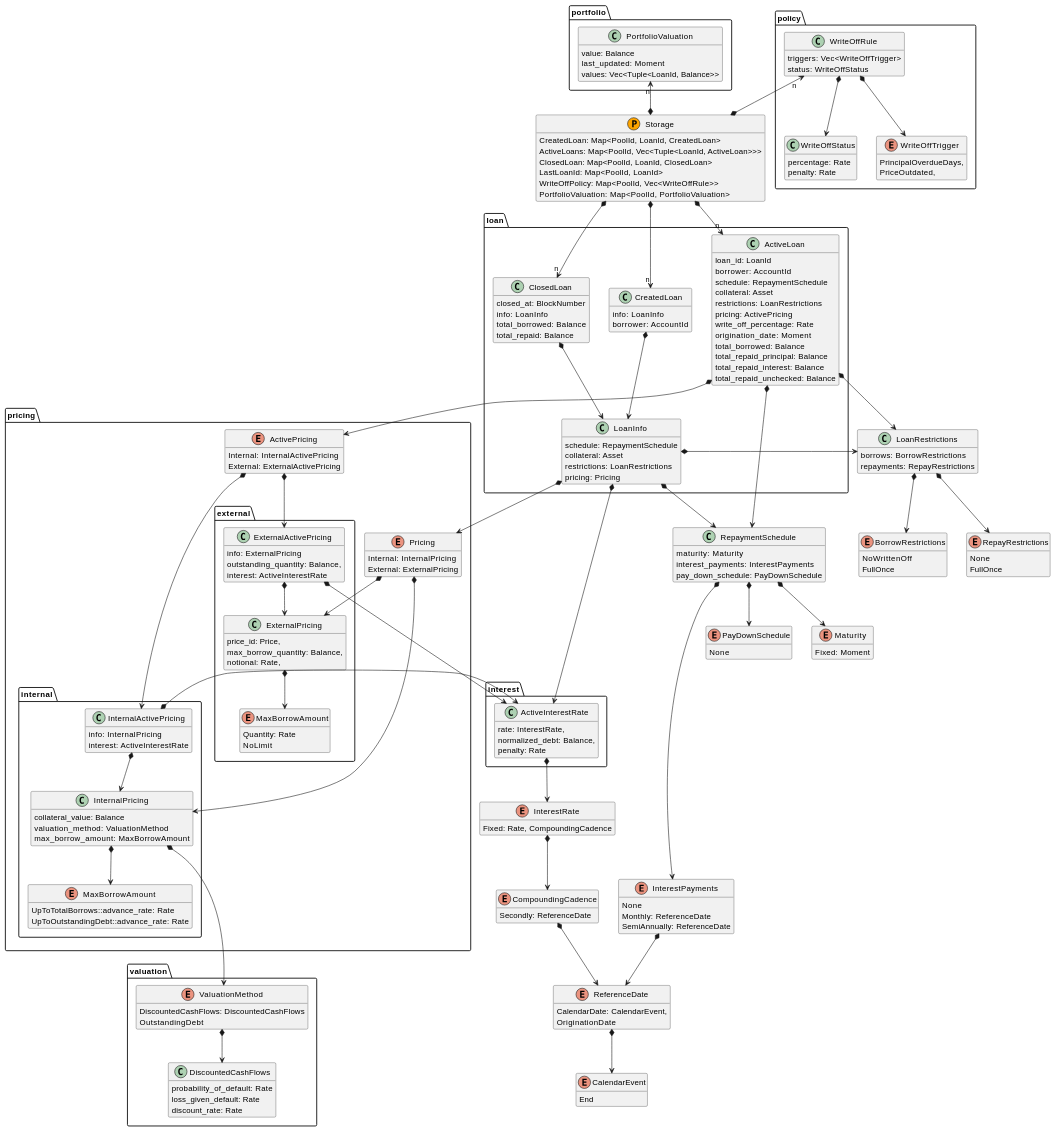
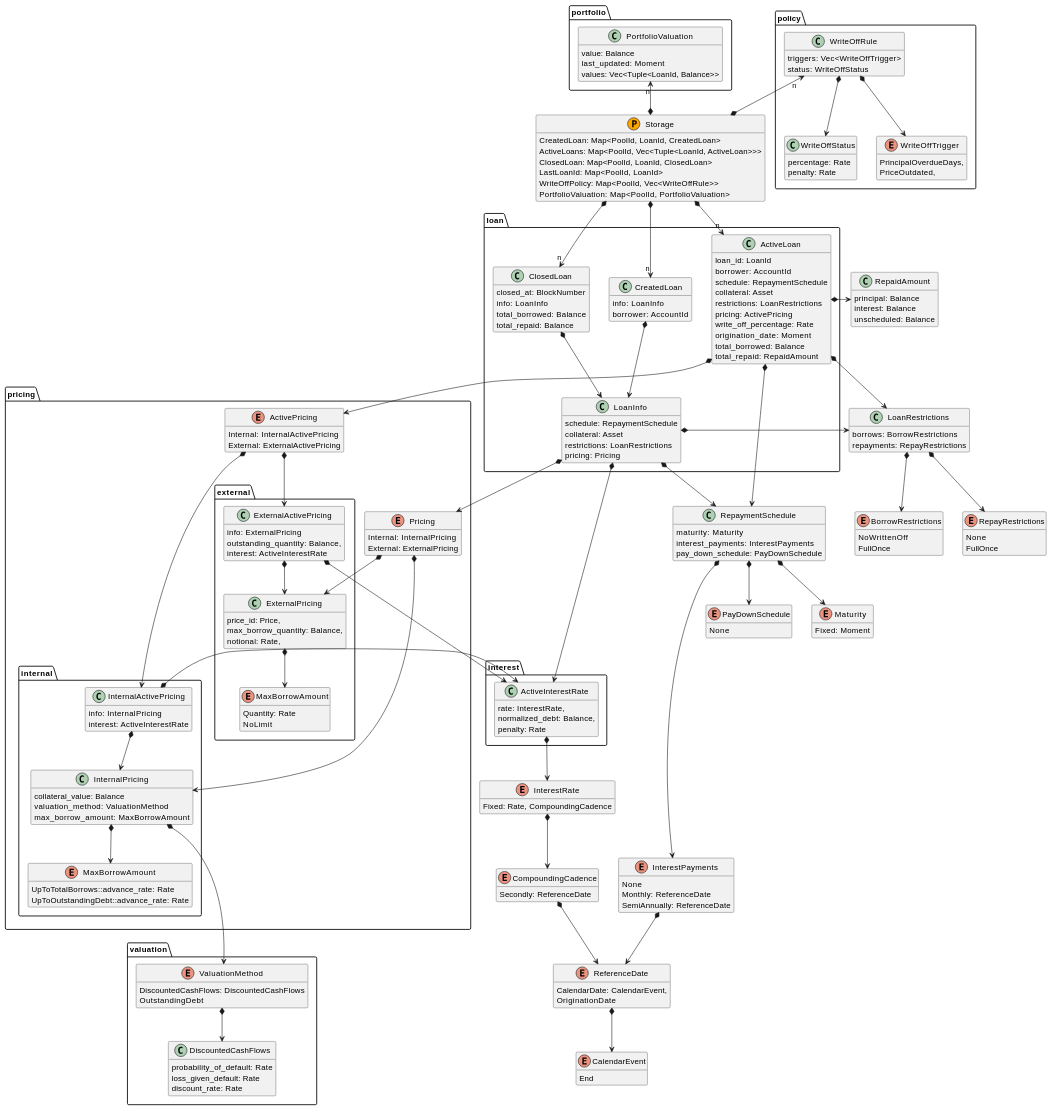
Before and after one commit to centrifuge/centrifuge-chain: the diagram in pallets/loans/docs/types.md, drawn with PlantUML.

Commit message:
update diagram with RepaidAmount

```diff
--- a/pallets/loans/docs/types.md
+++ b/pallets/loans/docs/types.md
@@ -70,6 +70,12 @@
 }
 
 InterestRate *--> CompoundingCadence
+
+class RepaidAmount {
+    principal: Balance
+    interest: Balance
+    unscheduled: Balance
+}
 
 package portfolio {
     class PortfolioValuation {
@@ -213,9 +219,7 @@
         write_off_percentage: Rate
         origination_date: Moment
         total_borrowed: Balance
-        total_repaid_principal: Balance
-        total_repaid_interest: Balance
-        total_repaid_unchecked: Balance
+        total_repaid: RepaidAmount
     }
 
     class ClosedLoan {
@@ -231,9 +235,12 @@
     LoanInfo *--> ActiveInterestRate
 
     CreatedLoan *--> LoanInfo
+
     ActiveLoan *--> pricing::ActivePricing
     ActiveLoan *-d--> RepaymentSchedule
     ActiveLoan *-r-> LoanRestrictions
+    ActiveLoan *-r-> RepaidAmount
+
     ClosedLoan *--> LoanInfo
 }
 
```
